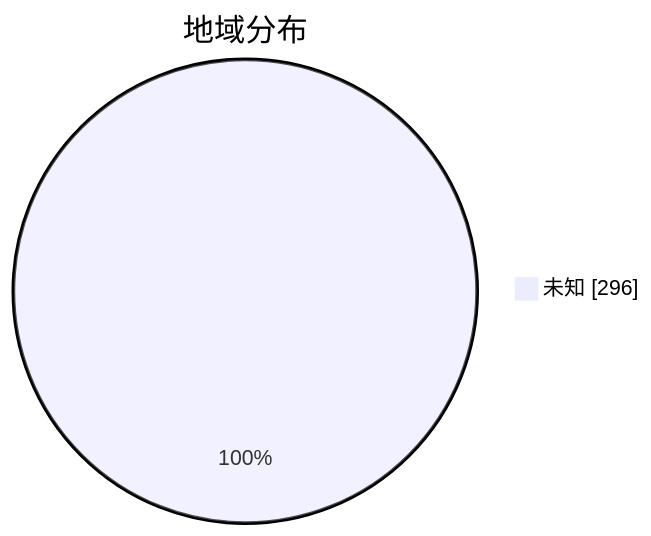
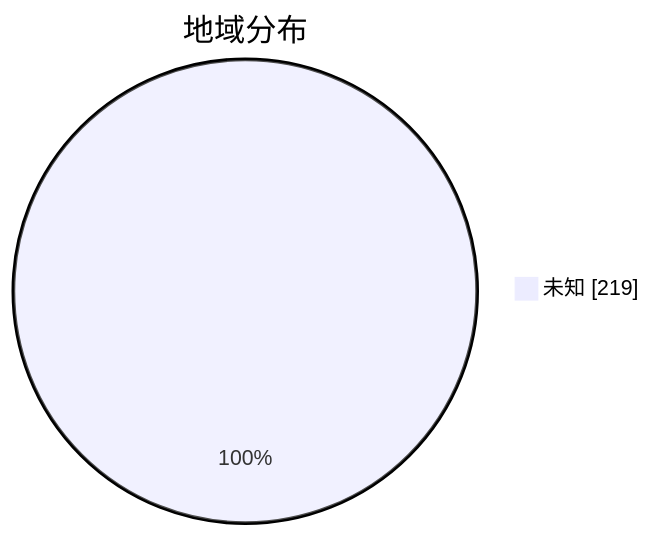
The second of 3 diagrams in subs/statistics/tested_within.md (qjlxg/airport), drawn with Mermaid before and after one commit. The commit also changed other lines of this file and 2 other files, not shown here.

````diff
--- a/subs/statistics/tested_within.md
+++ b/subs/statistics/tested_within.md
@@ -14,5 +12,5 @@
 ```mermaid
 pie showData
 title 地域分布
-"未知" : 296
+"未知" : 219
 ```
````
